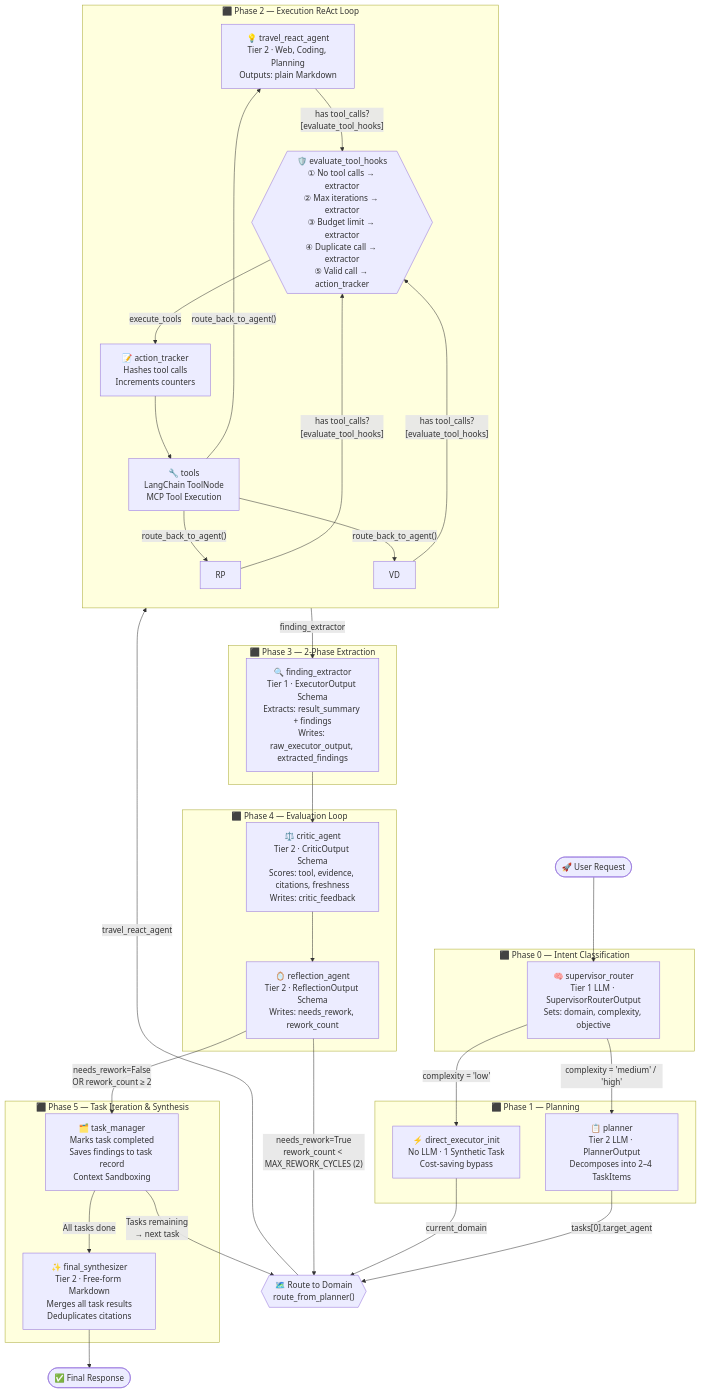
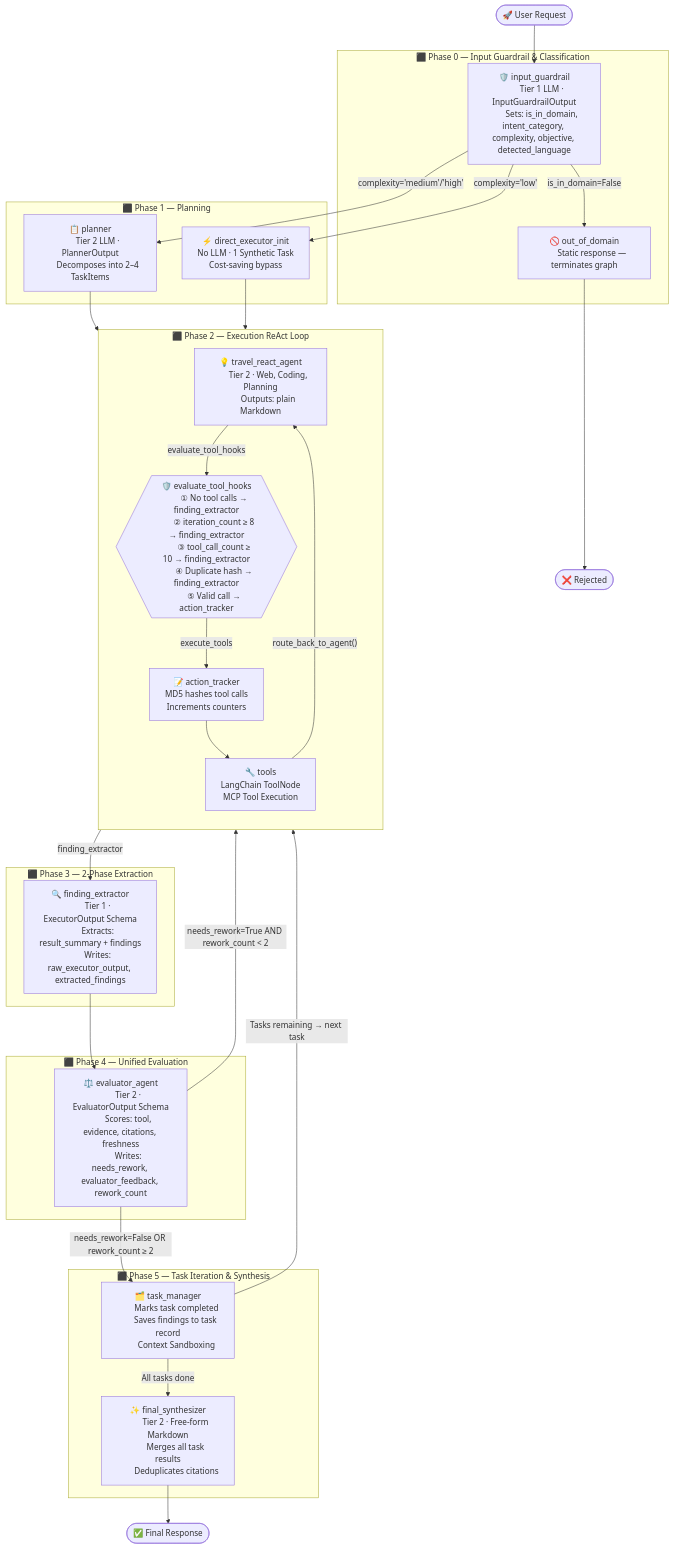
The diagram in agent/README.md (mminh007/travel-assistant-system), drawn with Mermaid before and after one commit. The commit also changed other lines of this file and 1 other file, not shown here.

````diff
--- a/agent/README.md
+++ b/agent/README.md
@@ -141,64 +150,91 @@
 ```mermaid
 flowchart TD
-    START([" 🚀 User Request "]) --> SR
+    START([" 🚀 User Request "]) --> IG
 
-    subgraph PHASE0["⬛ Phase 0 — Intent Classification"]
-        SR["🧠 supervisor_router\nTier 1 LLM · SupervisorRouterOutput\nSets: domain, complexity, objective"]
+    subgraph PHASE0["⬛ Phase 0 — Input Guardrail & Classification"]
+        IG["🛡️ input_guardrail
+        Tier 1 LLM · InputGuardrailOutput
+        Sets: is_in_domain, intent_category, complexity, objective, detected_language"]
+        OOD["🚫 out_of_domain
+        Static response — terminates graph"]
     end
 
-    SR -- "complexity = 'low'" --> DEI
-    SR -- "complexity = 'medium' / 'high'" --> PL
+    IG -- "is_in_domain=False" --> OOD
+    OOD --> END_OOD(["❌ Rejected"])
+
+    IG -- "complexity='low'" --> DEI
+    IG -- "complexity='medium'/'high'" --> PL
 
     subgraph PHASE1["⬛ Phase 1 — Planning"]
-        PL["📋 planner\nTier 2 LLM · PlannerOutput\nDecomposes into 2–4 TaskItems"]
-        DEI["⚡ direct_executor_init\nNo LLM · 1 Synthetic Task\nCost-saving bypass"]
+        PL["📋 planner
+        Tier 2 LLM · PlannerOutput
+        Decomposes into 2–4 TaskItems"]
+        DEI["⚡ direct_executor_init
+        No LLM · 1 Synthetic Task
+        Cost-saving bypass"]
     end
 
-    PL -- "tasks[0].target_agent" --> EX_ROUTER
-    DEI -- "current_domain" --> EX_ROUTER
-
-    EX_ROUTER{{"🗺️ Route to Domain\nroute_from_planner()"}}
-    EX_ROUTER -- "travel_react_agent" --> GM
+    PL --> TRA
+    DEI --> TRA
 
     subgraph PHASE2["⬛ Phase 2 — Execution ReAct Loop"]
         direction TB
-        GM["💡 travel_react_agent\nTier 2 · Web, Coding, Planning\nOutputs: plain Markdown"]
+        TRA["💡 travel_react_agent
+        Tier 2 · Web, Coding, Planning
+        Outputs: plain Markdown"]
+        AT["📝 action_tracker
+        MD5 hashes tool calls
+        Increments counters"]
+        TOOLS["🔧 tools
+        LangChain ToolNode
+        MCP Tool Execution"]
 
-        AT["📝 action_tracker\nHashes tool calls\nIncrements counters"]
-        TOOLS["🔧 tools\nLangChain ToolNode\nMCP Tool Execution"]
-
-        GM & RP & VD -- "has tool_calls?\n[evaluate_tool_hooks]" --> HOOKS
-        HOOKS{{"🛡️ evaluate_tool_hooks\n① No tool calls → extractor\n② Max iterations → extractor\n③ Budget limit → extractor\n④ Duplicate call → extractor\n⑤ Valid call → action_tracker"}}
+        TRA -- "evaluate_tool_hooks" --> HOOKS
+        HOOKS{{"🛡️ evaluate_tool_hooks
+        ① No tool calls → finding_extractor
+        ② iteration_count ≥ 8 → finding_extractor
+        ③ tool_call_count ≥ 10 → finding_extractor
+        ④ Duplicate hash → finding_extractor
+        ⑤ Valid call → action_tracker"}}
         HOOKS -- "execute_tools" --> AT
         AT --> TOOLS
-        TOOLS -- "route_back_to_agent()" --> GM & RP & VD
+        TOOLS -- "route_back_to_agent()" --> TRA
     end
 
     HOOKS -- "finding_extractor" --> FE
 
     subgraph PHASE3["⬛ Phase 3 — 2-Phase Extraction"]
-        FE["🔍 finding_extractor\nTier 1 · ExecutorOutput Schema\nExtracts: result_summary + findings\nWrites: raw_executor_output, extracted_findings"]
+        FE["🔍 finding_extractor
+        Tier 1 · ExecutorOutput Schema
+        Extracts: result_summary + findings
+        Writes: raw_executor_output, extracted_findings"]
     end
 
-    FE --> CR
+    FE --> EVA
 
-    subgraph PHASE4["⬛ Phase 4 — Evaluation Loop"]
-        CR["⚖️ critic_agent\nTier 2 · CriticOutput Schema\nScores: tool, evidence, citations, freshness\nWrites: critic_feedback"]
-        RA["🪞 reflection_agent\nTier 2 · ReflectionOutput Schema\nWrites: needs_rework, rework_count"]
-
-        CR --> RA
+    subgraph PHASE4["⬛ Phase 4 — Unified Evaluation"]
+        EVA["⚖️ evaluator_agent
+        Tier 2 · EvaluatorOutput Schema
+        Scores: tool, evidence, citations, freshness
+        Writes: needs_rework, evaluator_feedback, rework_count"]
     end
 
-    RA -- "needs_rework=True\nrework_count < MAX_REWORK_CYCLES (2)" --> EX_ROUTER
-    RA -- "needs_rework=False\nOR rework_count ≥ 2" --> TM
+    EVA -- "needs_rework=True AND rework_count < 2" --> TRA
+    EVA -- "needs_rework=False OR rework_count ≥ 2" --> TM
 
     subgraph PHASE5["⬛ Phase 5 — Task Iteration & Synthesis"]
-        TM["🗂️ task_manager\nMarks task completed\nSaves findings to task record\nContext Sandboxing"]
-        FS["✨ final_synthesizer\nTier 2 · Free-form Markdown\nMerges all task results\nDeduplicates citations"]
+        TM["🗂️ task_manager
+        Marks task completed
+        Saves findings to task record
+        Context Sandboxing"]
+        FS["✨ final_synthesizer
+        Tier 2 · Free-form Markdown
+        Merges all task results
+        Deduplicates citations"]
     end
 
-    TM -- "Tasks remaining\n→ next task" --> EX_ROUTER
+    TM -- "Tasks remaining → next task" --> TRA
     TM -- "All tasks done" --> FS
 
-    FS --> END([" ✅ Final Response "])
+    FS --> END(["✅ Final Response"])
 ```
````
